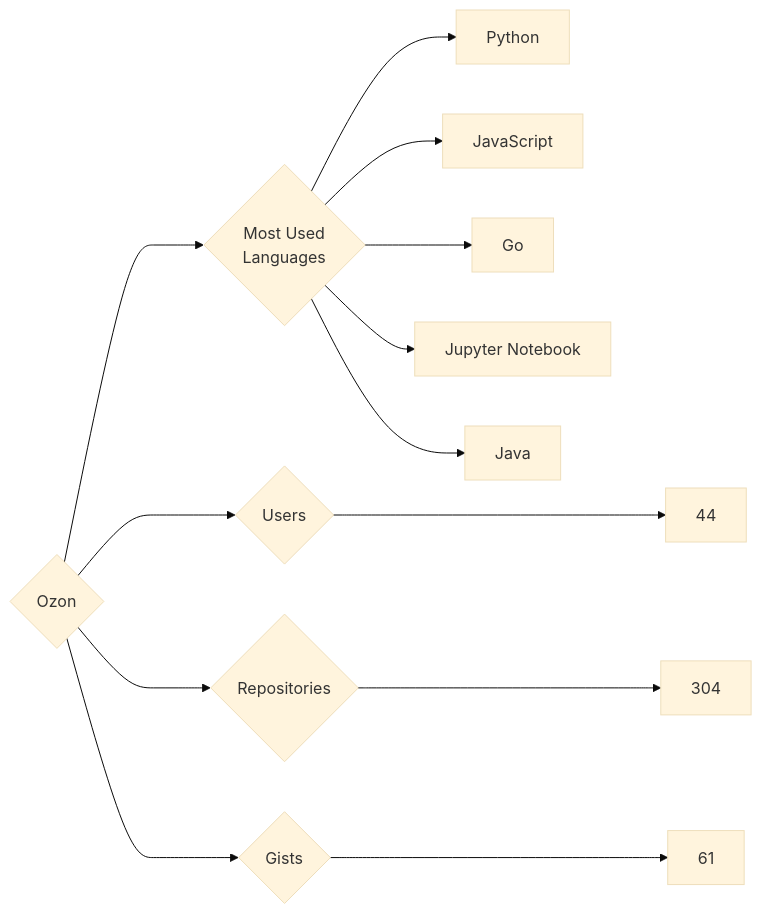
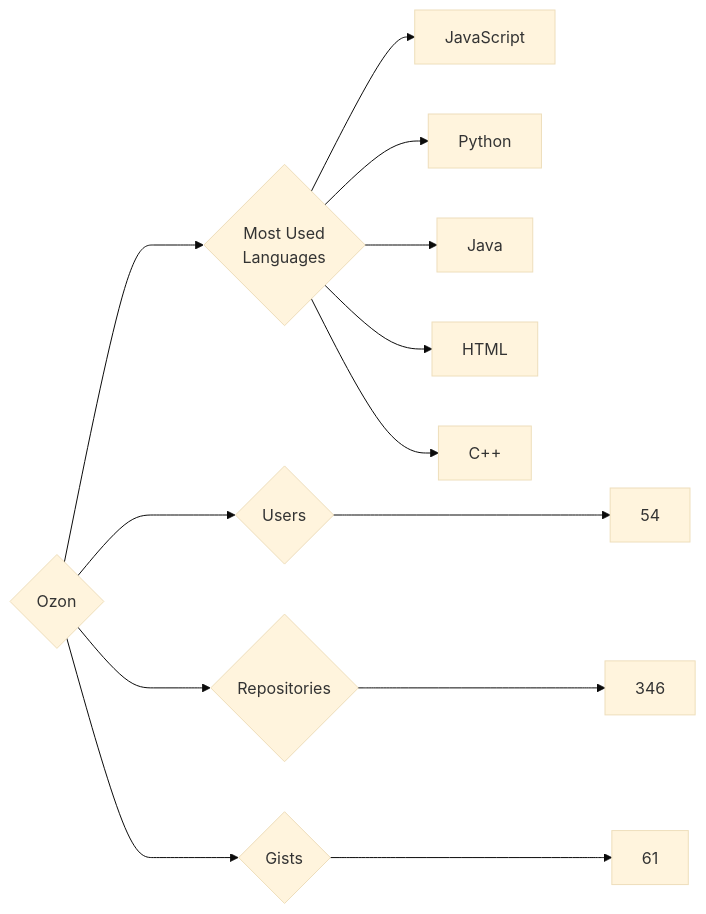
One commit to trickest/insiders changed the diagram in targets/Ozon/README.md. Above: the diagram before and after it, drawn with Mermaid (base theme). The commit also changed 681 other files, not shown here.

````diff
--- a/targets/Ozon/README.md
+++ b/targets/Ozon/README.md
@@ -3,13 +3,13 @@
 ```mermaid
 graph LR
 COMPANY_NAME{Ozon}
-COMPANY_NAME ---> U{Users} ---> UN[44]
-COMPANY_NAME ---> R{Repositories} ---> RN[304]
+COMPANY_NAME ---> U{Users} ---> UN[54]
+COMPANY_NAME ---> R{Repositories} ---> RN[346]
 COMPANY_NAME ---> G{Gists} ---> GN[61]
 COMPANY_NAME ---> ML{Most Used<br>Languages}
+ML --> JavaScript[JavaScript]
 ML --> Python[Python]
-ML --> JavaScript[JavaScript]
-ML --> Go[Go]
-ML --> Jupyter_Notebook[Jupyter Notebook]
 ML --> Java[Java]
+ML --> HTML[HTML]
+ML --> C++[C++]
 ```
````
